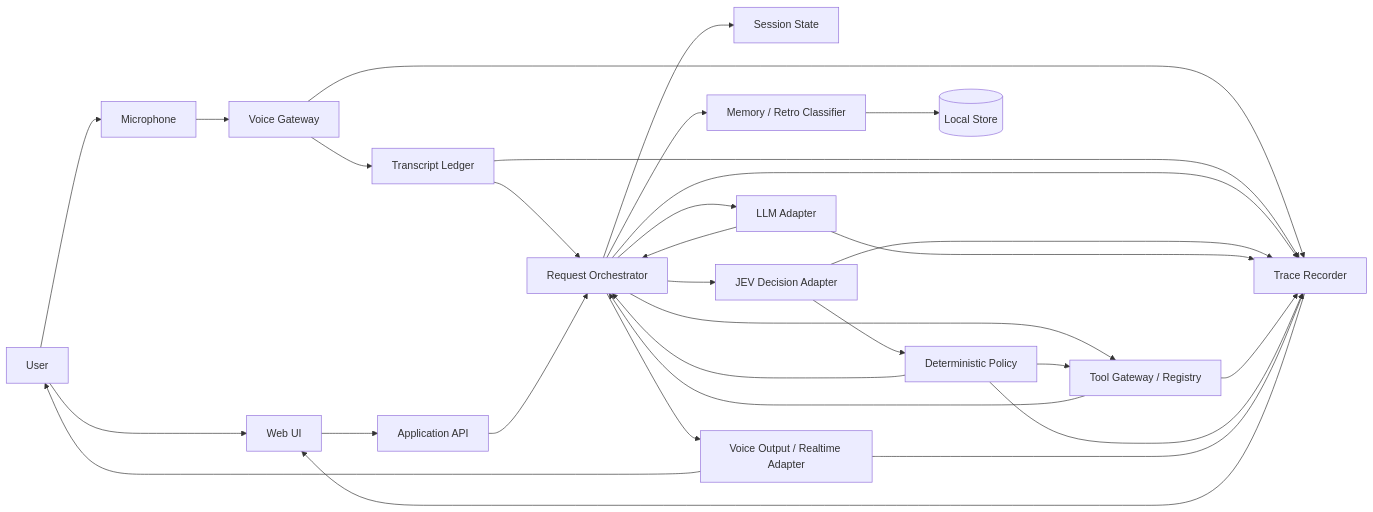
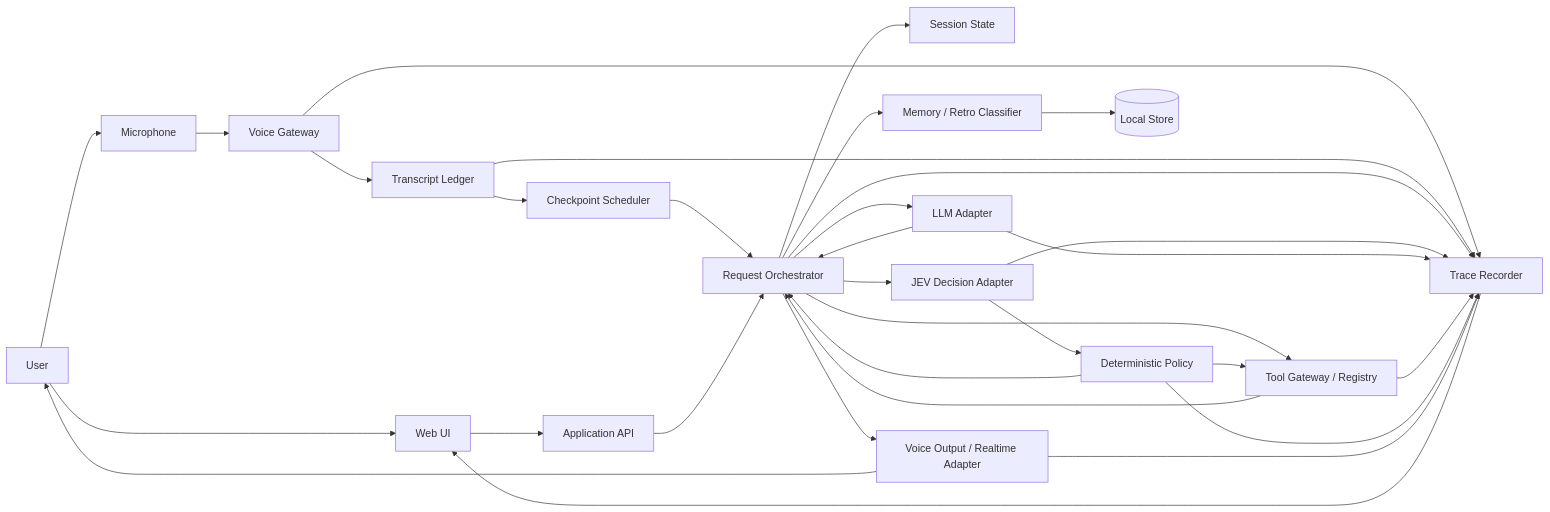
The first of 3 diagrams in docs/01-system-design.md (HariharanS/jevpoc), drawn with Mermaid before and after one commit. The commit also changed other lines of this file, not shown here.

Commit message:
docs: add checkpoint scheduler to system architecture

````diff
--- a/docs/01-system-design.md
+++ b/docs/01-system-design.md
@@ -7,40 +7,41 @@
 ```mermaid
 flowchart LR
     U[User] --> UI[Web UI]
     U --> MIC[Microphone]
 
     MIC --> VG[Voice Gateway]
     VG --> TL[Transcript Ledger]
-    TL --> ORCH[Request Orchestrator]
+    TL --> CS[Checkpoint Scheduler]
+    CS --> ORCH[Request Orchestrator]
 
     UI --> API[Application API]
     API --> ORCH
 
     ORCH --> STATE[Session State]
     ORCH --> JEV[JEV Decision Adapter]
     ORCH --> LLM[LLM Adapter]
     ORCH --> TOOLS[Tool Gateway / Registry]
     ORCH --> MEM[Memory / Retro Classifier]
 
     JEV --> POLICY[Deterministic Policy]
     POLICY --> ORCH
     POLICY --> TOOLS
 
     LLM --> ORCH
     TOOLS --> ORCH
     MEM --> STORE[(Local Store)]
 
     ORCH --> VO[Voice Output / Realtime Adapter]
     VO --> U
 
     VG --> TRACE[Trace Recorder]
     TL --> TRACE
     ORCH --> TRACE
     JEV --> TRACE
     LLM --> TRACE
     TOOLS --> TRACE
     POLICY --> TRACE
     VO --> TRACE
 
     TRACE --> UI
 ```
````
